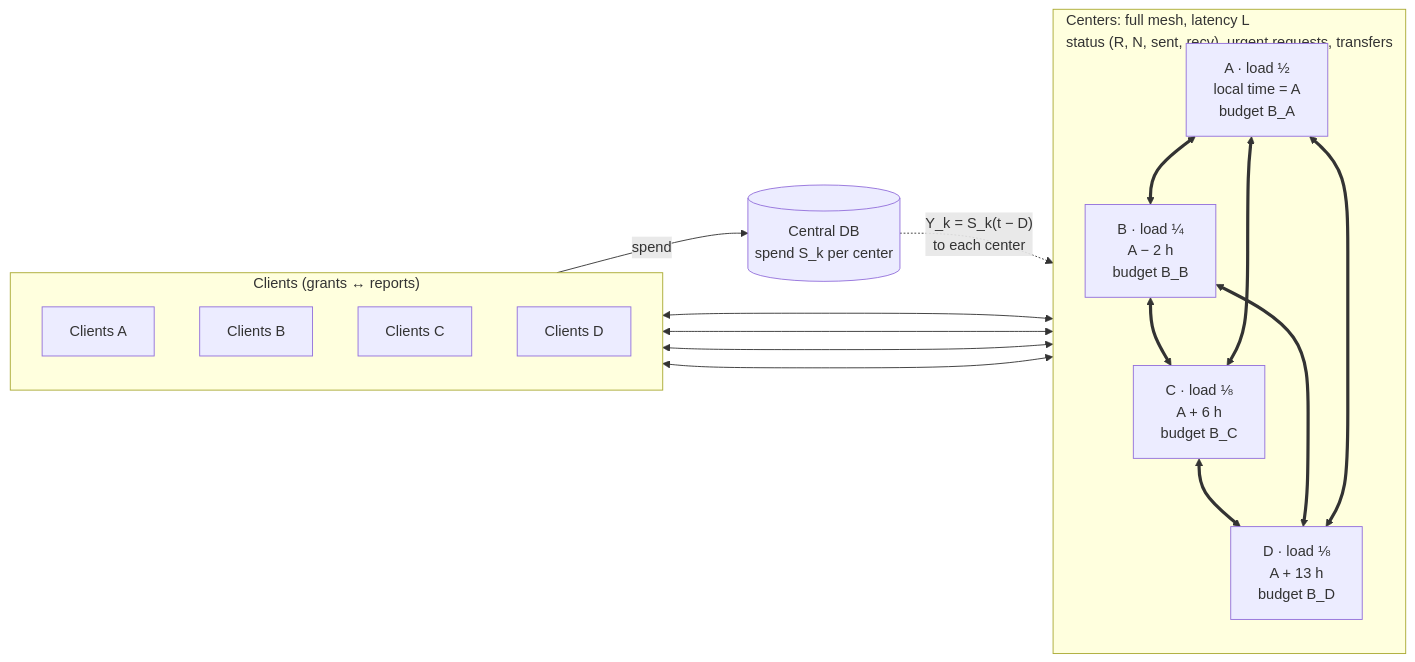
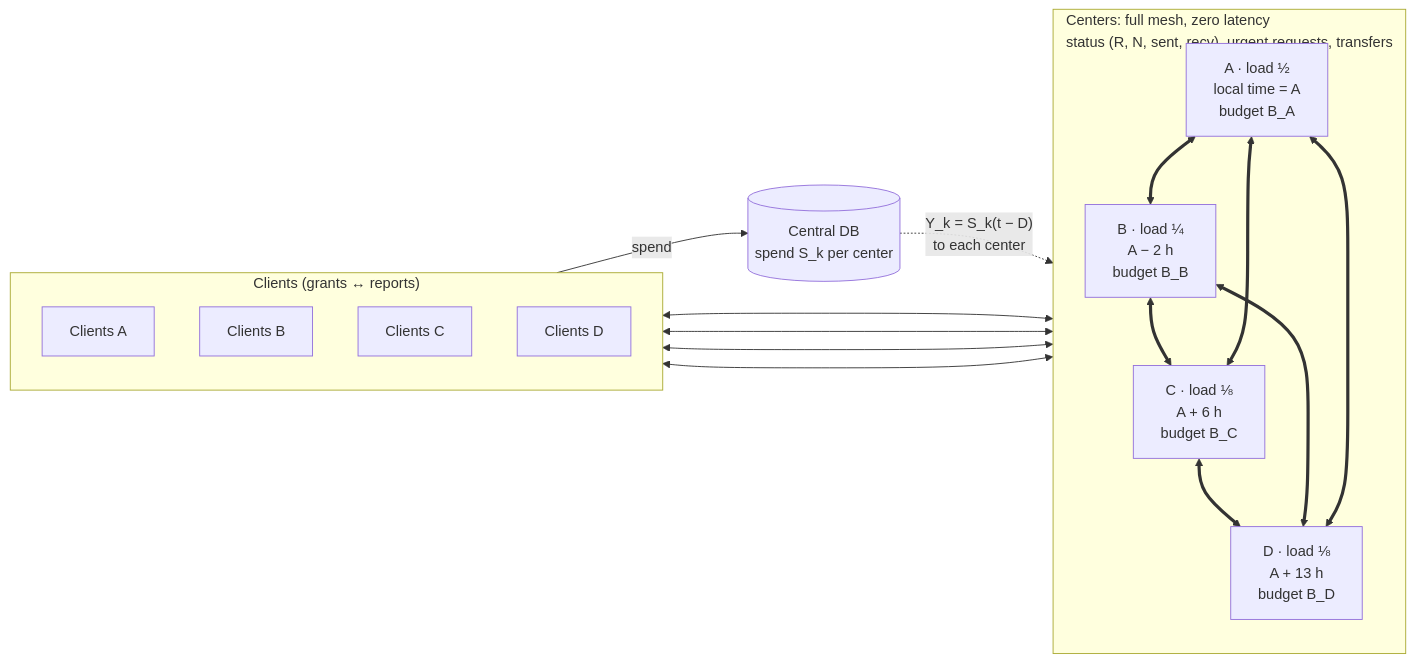
Before and after one commit to ayarodionov/budget_pacing: the first of 2 diagrams in MULTI.md, drawn with Mermaid. The commit also changed other lines of this file and 10 other files, not shown here.

First line of the commit message:
Multi-center: zero latency, center outages, takeover of a down center's budget

````diff
--- a/MULTI.md
+++ b/MULTI.md
@@ -27,31 +28,31 @@
 ```mermaid
 flowchart LR
-  subgraph P["Centers: full mesh, latency L<br/>status (R, N, sent, recv), urgent requests, transfers"]
+  subgraph P["Centers: full mesh, zero latency<br/>status (R, N, sent, recv), urgent requests, transfers"]
     direction TB
     CA["A · load ½<br/>local time = A<br/>budget B_A"]
     CB["B · load ¼<br/>A − 2 h<br/>budget B_B"]
     CC["C · load ⅛<br/>A + 6 h<br/>budget B_C"]
     CD["D · load ⅛<br/>A + 13 h<br/>budget B_D"]
     CA <==> CB
     CB <==> CC
     CC <==> CD
     CA <==> CC
     CB <==> CD
     CA <==> CD
   end
   subgraph K["Clients (grants ↔ reports)"]
     direction TB
     KA["Clients A"]
     KB["Clients B"]
     KC["Clients C"]
     KD["Clients D"]
   end
   DB[("Central DB<br/>spend S_k per center")]
 
   CA <--> KA
   CB <--> KB
   CC <--> KC
   CD <--> KD
   K -- spend --> DB
   DB -. "Y_k = S_k(t − D)<br/>to each center" .-> P
 ```
````
